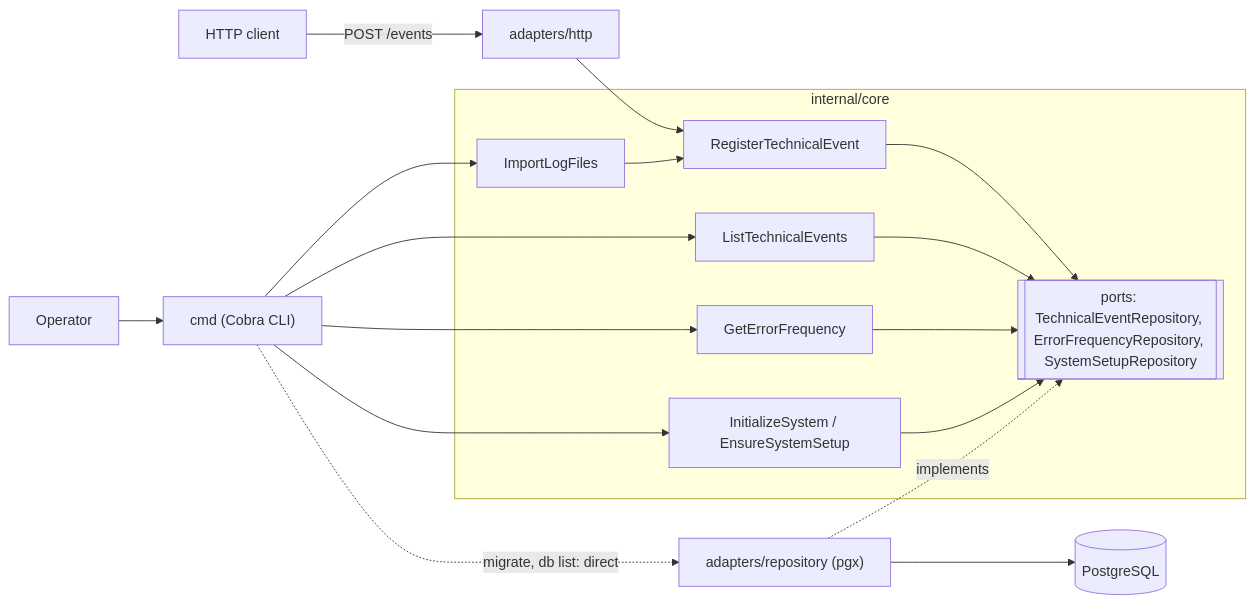
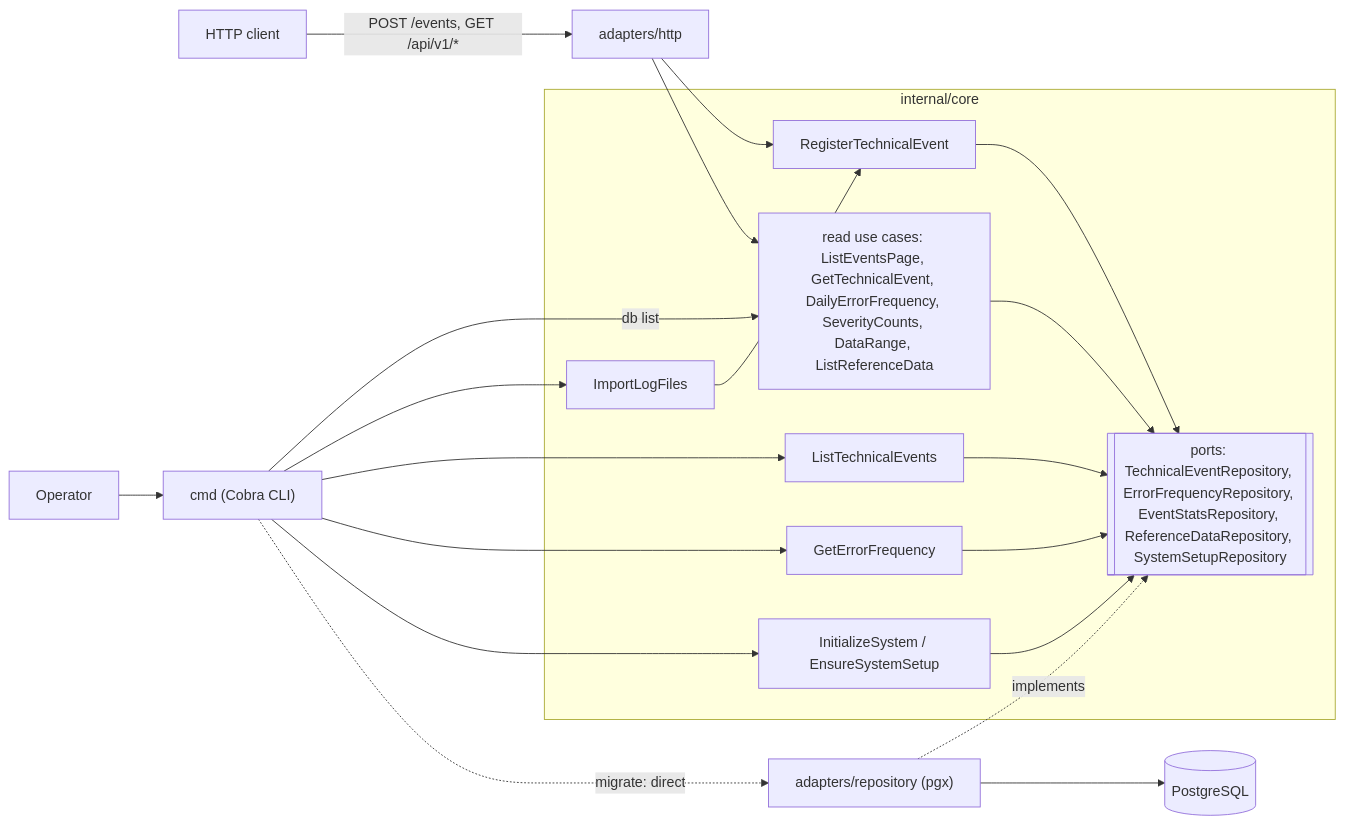
The diagram in README.md (svitorz/tracelog), drawn with Mermaid before and after one commit. The commit also changed other lines of this file and 2 other files, not shown here.

Commit message:
docs: documentar a API de leitura e o HTTP_HOST
Guia §5.1.1 com o contrato da spec 0005 e saída real capturada contra
examples/logs; §3.1 com HTTP_HOST; §9 sem o desvio de cmd/db.go; §10 com
as contagens de teste; §12 com a exposição de dados da leitura. No README,
só as frases que ficaram falsas (um endpoint, db list direto) e o
diagrama; o resto do README fica para a fase 7. CHANGELOG em Unreleased.

````diff
--- a/README.md
+++ b/README.md
@@ -105,29 +105,33 @@
 ```mermaid
 flowchart LR
-    client["HTTP client"] -->|"POST /events"| http["adapters/http"]
+    client["HTTP client"] -->|"POST /events, GET /api/v1/*"| http["adapters/http"]
     operator["Operator"] --> cmd["cmd (Cobra CLI)"]
 
     subgraph core["internal/core"]
         register["RegisterTechnicalEvent"]
         importuc["ImportLogFiles"]
         list["ListTechnicalEvents"]
         freq["GetErrorFrequency"]
         setup["InitializeSystem / EnsureSystemSetup"]
-        ports[["ports: TechnicalEventRepository, ErrorFrequencyRepository, SystemSetupRepository"]]
+        read["read use cases: ListEventsPage, GetTechnicalEvent, DailyErrorFrequency, SeverityCounts, DataRange, ListReferenceData"]
+        ports[["ports: TechnicalEventRepository, ErrorFrequencyRepository, EventStatsRepository, ReferenceDataRepository, SystemSetupRepository"]]
     end
 
     http --> register
+    http --> read
+    cmd -->|"db list"| read
     cmd --> importuc
     importuc --> register
     cmd --> list
     cmd --> freq
     cmd --> setup
     register --> ports
     list --> ports
     freq --> ports
     setup --> ports
+    read --> ports
 
     repo["adapters/repository (pgx)"] -.->|implements| ports
-    cmd -.->|"migrate, db list: direct"| repo
+    cmd -.->|"migrate: direct"| repo
     repo --> pg[("PostgreSQL")]
 ```
````
